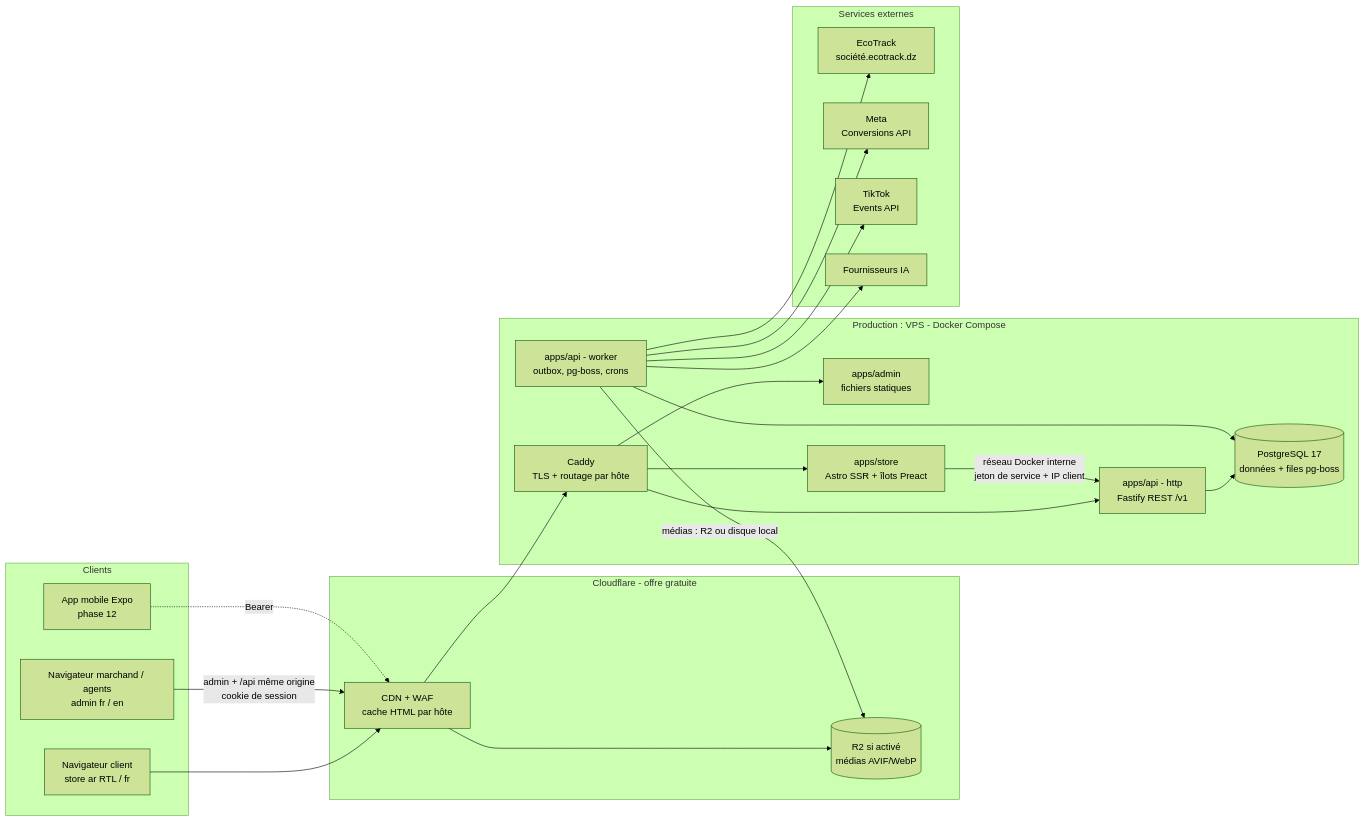
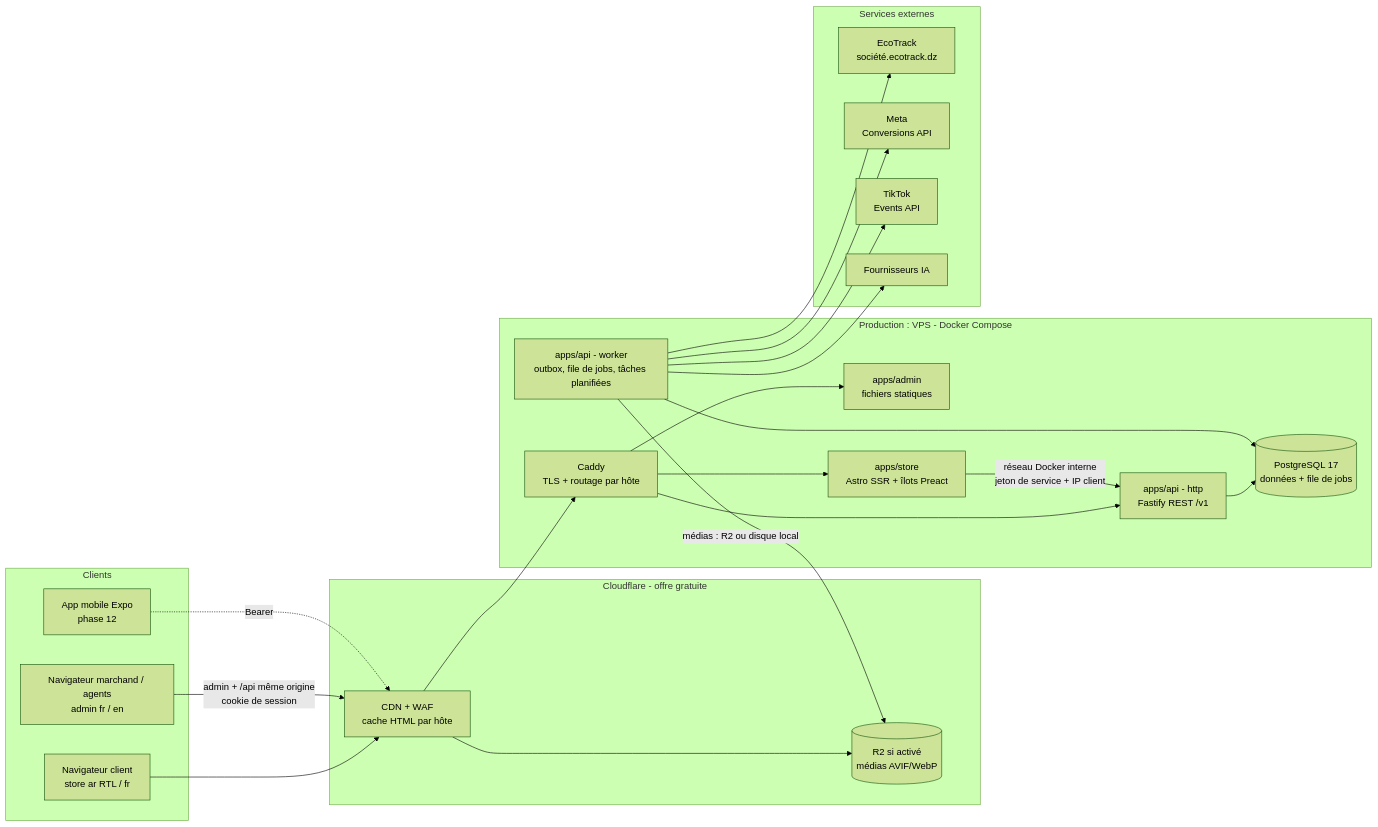
Before and after one commit to yanisbelharet/DZSTORE: the first of 4 diagrams in docs/ARCHITECTURE.md, drawn with Mermaid (forest theme). The commit also changed other lines of this file and 23 other files, not shown here.

````diff
--- a/docs/ARCHITECTURE.md
+++ b/docs/ARCHITECTURE.md
@@ -23,45 +23,45 @@
 ```mermaid
 flowchart LR
   subgraph CLIENTS["Clients"]
     CUST["Navigateur client<br/>store ar RTL / fr"]
     AGENT["Navigateur marchand / agents<br/>admin fr / en"]
     MOB["App mobile Expo<br/>phase 12"]
   end
 
   subgraph CF["Cloudflare - offre gratuite"]
     CDN["CDN + WAF<br/>cache HTML par hôte"]
     R2[("R2 si activé<br/>médias AVIF/WebP")]
   end
 
   subgraph RW["Production : VPS - Docker Compose"]
     CADDY["Caddy<br/>TLS + routage par hôte"]
     ADMIN["apps/admin<br/>fichiers statiques"]
     STORE["apps/store<br/>Astro SSR + îlots Preact"]
     API["apps/api - http<br/>Fastify REST /v1"]
-    WORKER["apps/api - worker<br/>outbox, pg-boss, crons"]
-    PG[("PostgreSQL 17<br/>données + files pg-boss")]
+    WORKER["apps/api - worker<br/>outbox, file de jobs, tâches planifiées"]
+    PG[("PostgreSQL 17<br/>données + file de jobs")]
   end
 
   subgraph EXT["Services externes"]
     ECO["EcoTrack<br/>société.ecotrack.dz"]
     META["Meta<br/>Conversions API"]
     TT["TikTok<br/>Events API"]
     AI["Fournisseurs IA"]
   end
 
   CUST --> CDN --> CADDY
   CADDY --> STORE
   CADDY --> API
   CADDY --> ADMIN
   STORE -- "réseau Docker interne<br/>jeton de service + IP client" --> API
   AGENT -- "admin + /api même origine<br/>cookie de session" --> CDN
   MOB -. "Bearer" .-> CDN
   API --> PG
   WORKER --> PG
   WORKER -- "médias : R2 ou disque local" --> R2
   CDN --> R2
   WORKER --> ECO
   WORKER --> META
   WORKER --> TT
   WORKER --> AI
 ```
````
